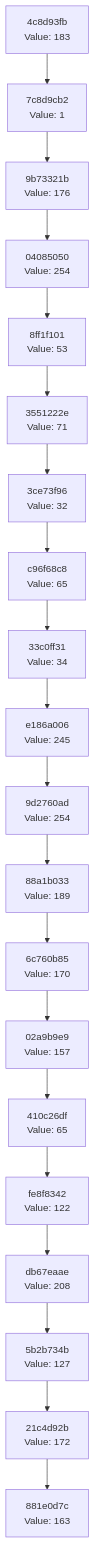
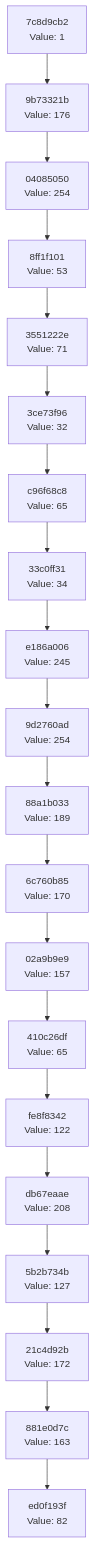
The diagram in docs/CHAIN_VISUALIZATION.md (Abhisheksinha1506/hash-chain-evolver), drawn with Mermaid before and after one commit. The commit also changed 3 other files, not shown here.

````diff
--- a/docs/CHAIN_VISUALIZATION.md
+++ b/docs/CHAIN_VISUALIZATION.md
@@ -3,42 +3,42 @@
 ```mermaid
 graph TD
-    C0["881e0d7c<br/>Value: 163"]
-    C1["21c4d92b<br/>Value: 172"]
+    C0["ed0f193f<br/>Value: 82"]
+    C1["881e0d7c<br/>Value: 163"]
     C1 --> C0
-    C2["5b2b734b<br/>Value: 127"]
+    C2["21c4d92b<br/>Value: 172"]
     C2 --> C1
-    C3["db67eaae<br/>Value: 208"]
+    C3["5b2b734b<br/>Value: 127"]
     C3 --> C2
-    C4["fe8f8342<br/>Value: 122"]
+    C4["db67eaae<br/>Value: 208"]
     C4 --> C3
-    C5["410c26df<br/>Value: 65"]
+    C5["fe8f8342<br/>Value: 122"]
     C5 --> C4
-    C6["02a9b9e9<br/>Value: 157"]
+    C6["410c26df<br/>Value: 65"]
     C6 --> C5
-    C7["6c760b85<br/>Value: 170"]
+    C7["02a9b9e9<br/>Value: 157"]
     C7 --> C6
-    C8["88a1b033<br/>Value: 189"]
+    C8["6c760b85<br/>Value: 170"]
     C8 --> C7
-    C9["9d2760ad<br/>Value: 254"]
+    C9["88a1b033<br/>Value: 189"]
     C9 --> C8
-    C10["e186a006<br/>Value: 245"]
+    C10["9d2760ad<br/>Value: 254"]
     C10 --> C9
-    C11["33c0ff31<br/>Value: 34"]
+    C11["e186a006<br/>Value: 245"]
     C11 --> C10
-    C12["c96f68c8<br/>Value: 65"]
+    C12["33c0ff31<br/>Value: 34"]
     C12 --> C11
-    C13["3ce73f96<br/>Value: 32"]
+    C13["c96f68c8<br/>Value: 65"]
     C13 --> C12
-    C14["3551222e<br/>Value: 71"]
+    C14["3ce73f96<br/>Value: 32"]
     C14 --> C13
-    C15["8ff1f101<br/>Value: 53"]
+    C15["3551222e<br/>Value: 71"]
     C15 --> C14
-    C16["04085050<br/>Value: 254"]
+    C16["8ff1f101<br/>Value: 53"]
     C16 --> C15
-    C17["9b73321b<br/>Value: 176"]
+    C17["04085050<br/>Value: 254"]
     C17 --> C16
-    C18["7c8d9cb2<br/>Value: 1"]
+    C18["9b73321b<br/>Value: 176"]
     C18 --> C17
-    C19["4c8d93fb<br/>Value: 183"]
+    C19["7c8d9cb2<br/>Value: 1"]
     C19 --> C18
 ```
````
